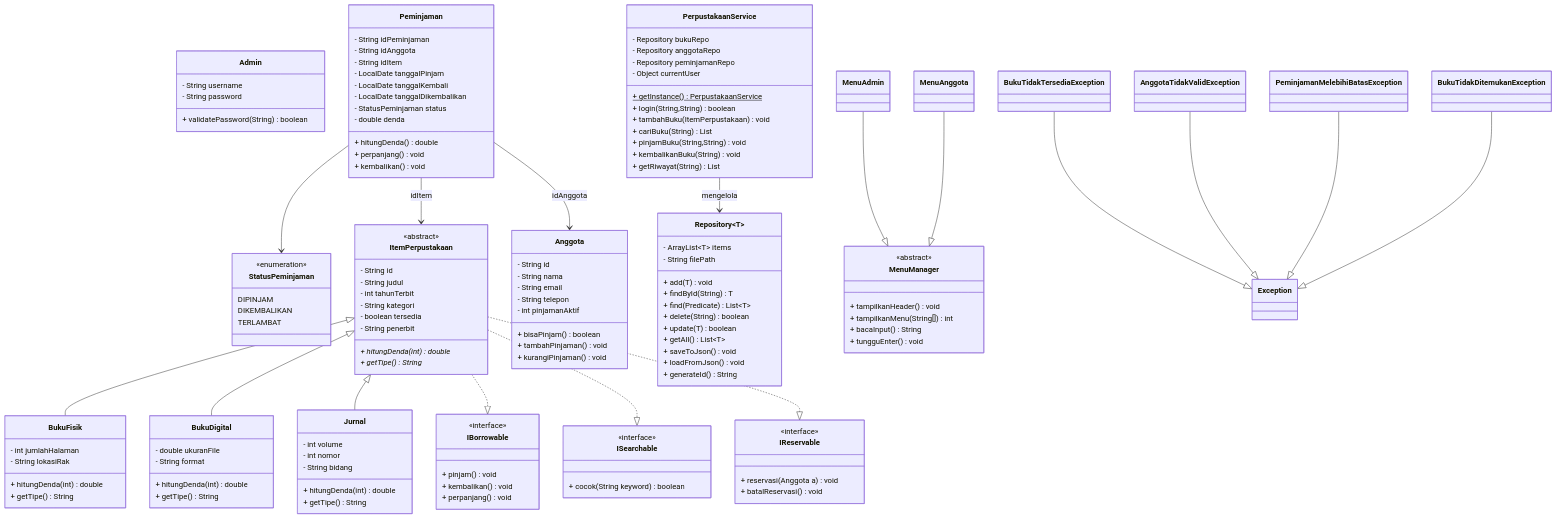
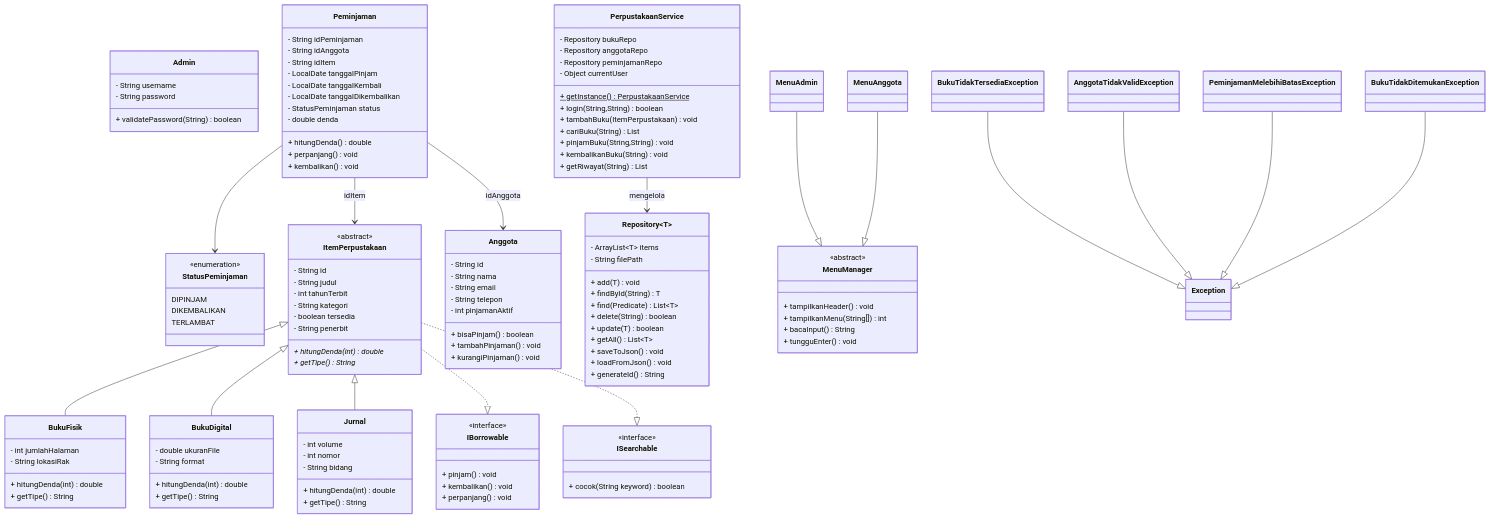
The diagram in PLAN.md (kemal-faza/sistem-perpustakaan-pbo), drawn with Mermaid before and after one commit. The commit also changed other lines of this file and 7 other files, not shown here.

First line of the commit message:
refactor: implement Identifiable interface, remove reflection from Repository, delete IReservable

```diff
--- a/PLAN.md
+++ b/PLAN.md
@@ -279,11 +273,6 @@
     class ISearchable {
         <<interface>>
         + cocok(String keyword) boolean
-    }
-    class IReservable {
-        <<interface>>
-        + reservasi(Anggota a) void
-        + batalReservasi() void
     }
 
     %% ── ABSTRACT CLASS ──
@@ -399,7 +388,6 @@
     ItemPerpustakaan <|-- Jurnal
     ItemPerpustakaan ..|> IBorrowable
     ItemPerpustakaan ..|> ISearchable
-    ItemPerpustakaan ..|> IReservable
 
     Peminjaman --> Anggota : idAnggota
     Peminjaman --> ItemPerpustakaan : idItem
```
